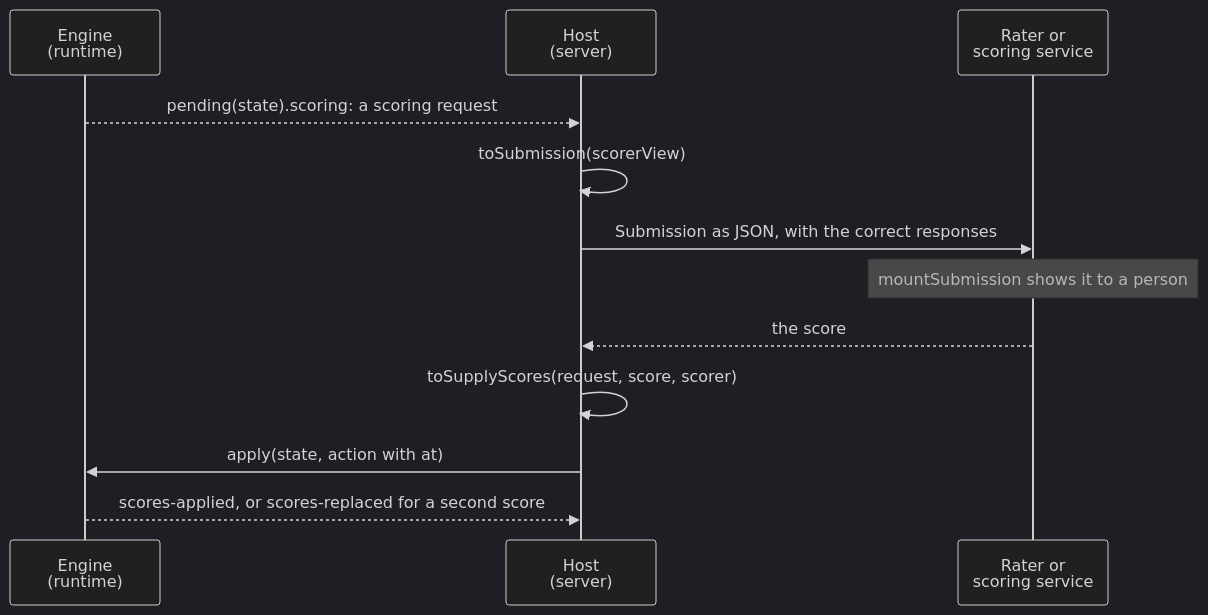
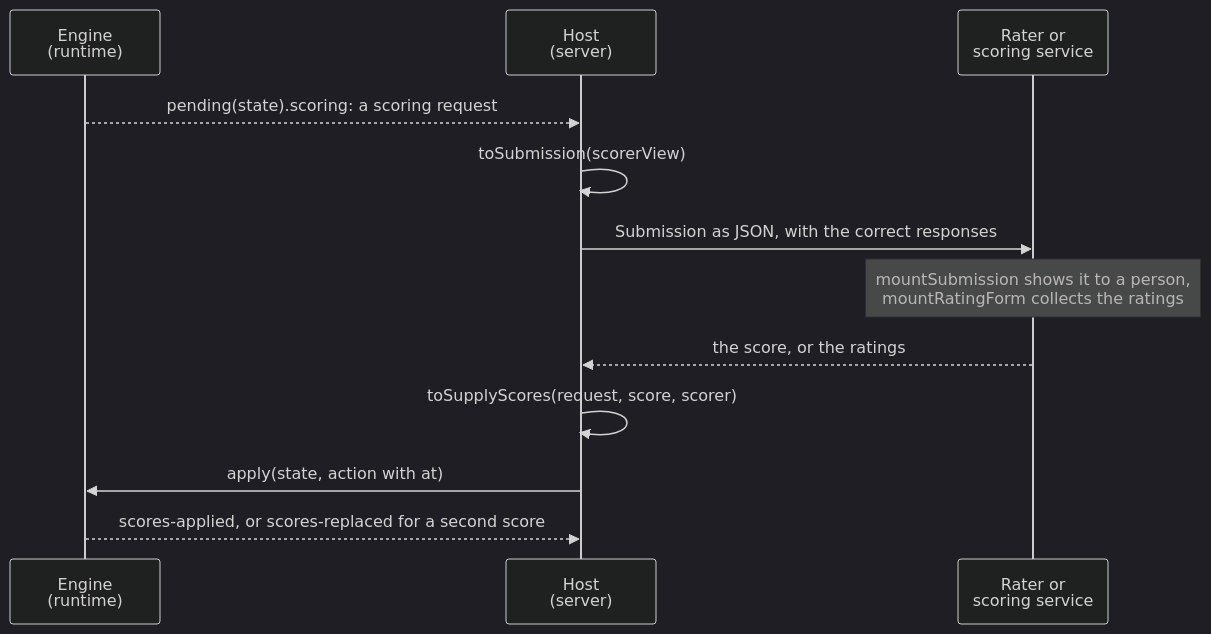
One commit to assesskit/assesskit changed the diagram in docs/player/scoring.md. Above: the diagram before and after it, drawn with Mermaid (dark theme). The commit also changed other lines of this file and 12 other files, not shown here.

````diff
--- a/docs/player/scoring.md
+++ b/docs/player/scoring.md
@@ -8,14 +8,14 @@
 ```mermaid
 sequenceDiagram
   participant E as Engine<br/>(runtime)
   participant H as Host<br/>(server)
   participant R as Rater or<br/>scoring service
   E-->>H: pending(state).scoring: a scoring request
   H->>H: toSubmission(scorerView)
   H->>R: Submission as JSON, with the correct responses
-  Note over R: mountSubmission shows it to a person
-  R-->>H: the score
+  Note over R: mountSubmission shows it to a person,<br/>mountRatingForm collects the ratings
+  R-->>H: the score, or the ratings
   H->>H: toSupplyScores(request, score, scorer)
   H->>E: apply(state, action with at)
   E-->>H: scores-applied, or scores-replaced for a second score
 ```
````
